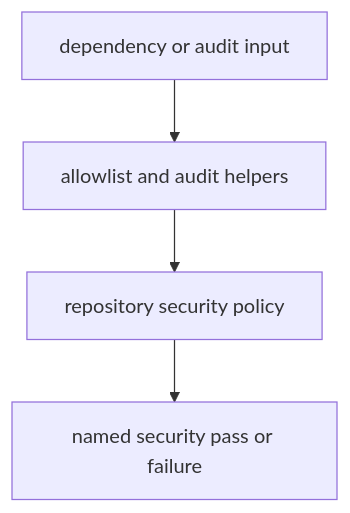
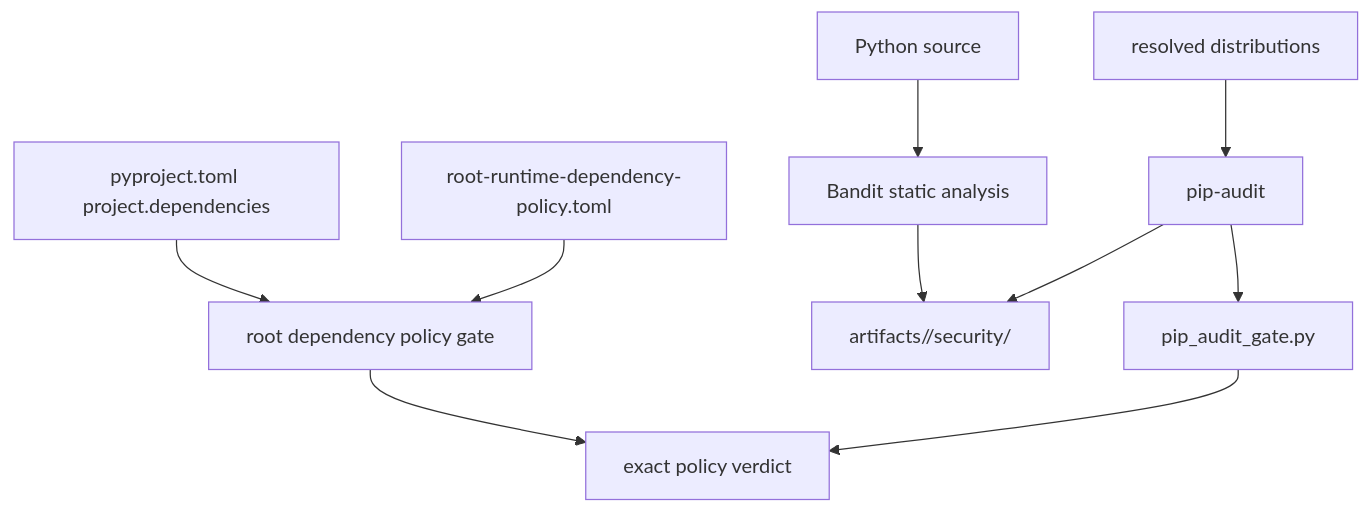
The diagram in docs/08-bijux-proteomics-maintain/bijux-proteomics-dev/security-gates.md (bijux/bijux-proteomics), drawn with Mermaid before and after one commit. The commit also changed other lines of this file and 2 other files, not shown here.

Commit message:
docs(maintain): define enforcement and security boundaries

````diff
--- a/docs/08-bijux-proteomics-maintain/bijux-proteomics-dev/security-gates.md
+++ b/docs/08-bijux-proteomics-maintain/bijux-proteomics-dev/security-gates.md
@@ -16,11 +16,12 @@
 ```mermaid
-flowchart TB
-    dependency["dependency or audit input"]
-    allowlist["allowlist and audit helpers"]
-    policy["repository security policy"]
-    verdict["named security pass or failure"]
-
-    dependency --> allowlist
-    allowlist --> policy
-    policy --> verdict
+flowchart TD
+    source["Python source"] --> bandit["Bandit static analysis"]
+    environment["resolved distributions"] --> audit["pip-audit"]
+    pyproject["pyproject.toml project.dependencies"] --> dependency["root dependency policy gate"]
+    policy["root-runtime-dependency-policy.toml"] --> dependency
+    bandit --> reports["artifacts/<package>/security/"]
+    audit --> reports
+    audit --> interpreter["pip_audit_gate.py"]
+    dependency --> verdict["exact policy verdict"]
+    interpreter --> verdict
 ```
````
